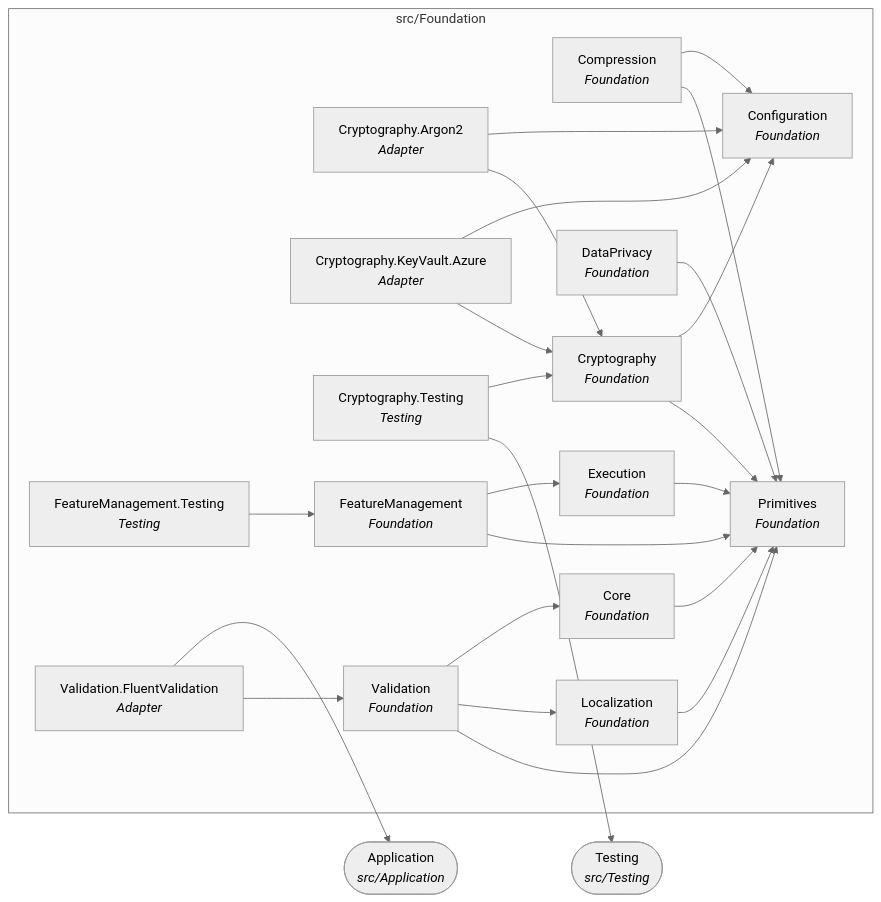
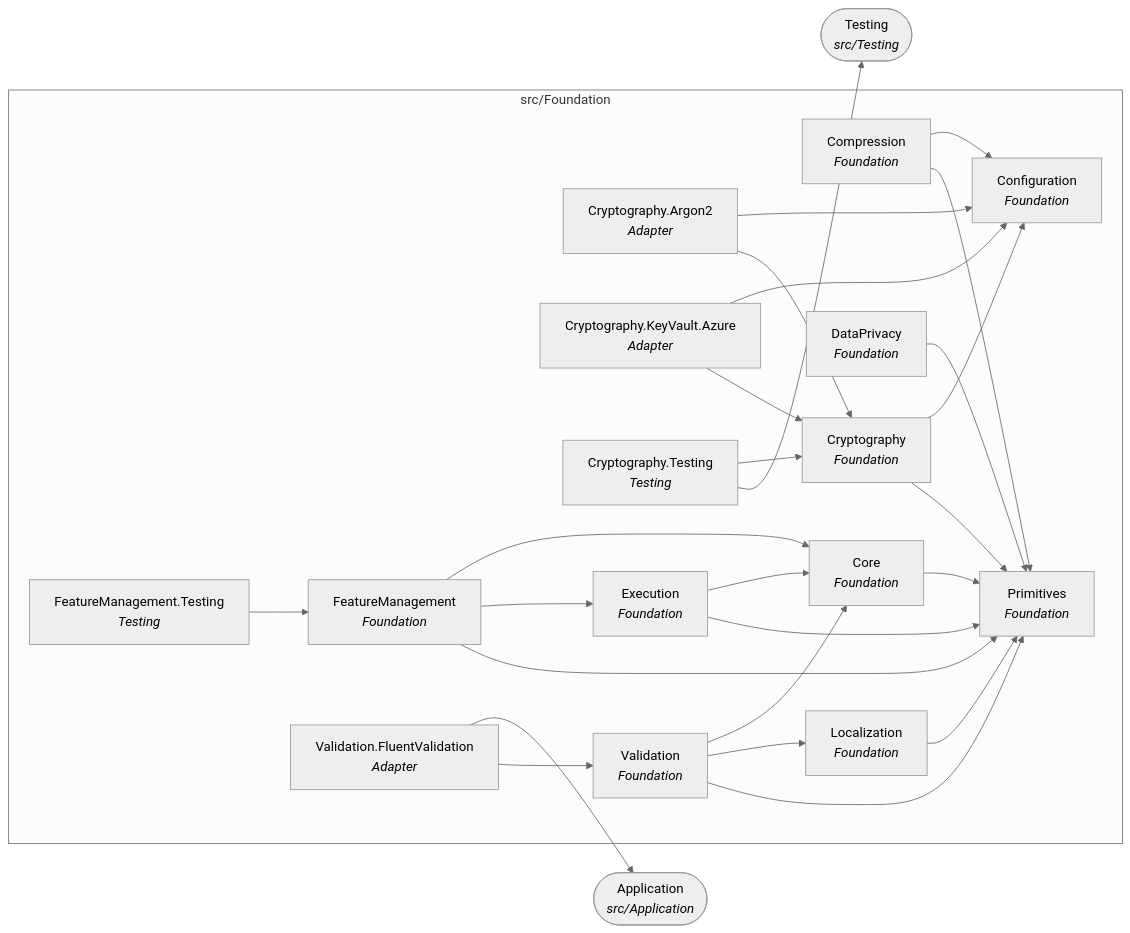
Before and after one commit to Gresta-Vertex-Labs/platform-shared-kernel: the third of 22 diagrams in docs/dependency-graph.md, drawn with Mermaid (neutral theme). The commit also changed other lines of this file and 1494 other files, not shown here.

````diff
--- a/docs/dependency-graph.md
+++ b/docs/dependency-graph.md
@@ -126,44 +126,46 @@
 ```mermaid
 flowchart LR
   subgraph folder_src_Foundation["src/Foundation"]
     SharedKernel_Compression["Compression<br/><i>Foundation</i>"]
     SharedKernel_Configuration["Configuration<br/><i>Foundation</i>"]
     SharedKernel_Core["Core<br/><i>Foundation</i>"]
     SharedKernel_Cryptography["Cryptography<br/><i>Foundation</i>"]
     SharedKernel_Cryptography_Argon2["Cryptography.Argon2<br/><i>Adapter</i>"]
     SharedKernel_Cryptography_KeyVault_Azure["Cryptography.KeyVault.Azure<br/><i>Adapter</i>"]
     SharedKernel_Cryptography_Testing["Cryptography.Testing<br/><i>Testing</i>"]
     SharedKernel_DataPrivacy["DataPrivacy<br/><i>Foundation</i>"]
     SharedKernel_Execution["Execution<br/><i>Foundation</i>"]
     SharedKernel_FeatureManagement["FeatureManagement<br/><i>Foundation</i>"]
     SharedKernel_FeatureManagement_Testing["FeatureManagement.Testing<br/><i>Testing</i>"]
     SharedKernel_Localization["Localization<br/><i>Foundation</i>"]
     SharedKernel_Primitives["Primitives<br/><i>Foundation</i>"]
     SharedKernel_Validation["Validation<br/><i>Foundation</i>"]
     SharedKernel_Validation_FluentValidation["Validation.FluentValidation<br/><i>Adapter</i>"]
   end
   SharedKernel_Application(["Application<br/><i>src/Application</i>"])
   SharedKernel_Testing(["Testing<br/><i>src/Testing</i>"])
   SharedKernel_Compression --> SharedKernel_Configuration
   SharedKernel_Compression --> SharedKernel_Primitives
   SharedKernel_Core --> SharedKernel_Primitives
   SharedKernel_Cryptography --> SharedKernel_Configuration
   SharedKernel_Cryptography --> SharedKernel_Primitives
   SharedKernel_Cryptography_Argon2 --> SharedKernel_Configuration
   SharedKernel_Cryptography_Argon2 --> SharedKernel_Cryptography
   SharedKernel_Cryptography_KeyVault_Azure --> SharedKernel_Configuration
   SharedKernel_Cryptography_KeyVault_Azure --> SharedKernel_Cryptography
   SharedKernel_Cryptography_Testing --> SharedKernel_Cryptography
   SharedKernel_Cryptography_Testing --> SharedKernel_Testing
   SharedKernel_DataPrivacy --> SharedKernel_Primitives
+  SharedKernel_Execution --> SharedKernel_Core
   SharedKernel_Execution --> SharedKernel_Primitives
+  SharedKernel_FeatureManagement --> SharedKernel_Core
   SharedKernel_FeatureManagement --> SharedKernel_Execution
   SharedKernel_FeatureManagement --> SharedKernel_Primitives
   SharedKernel_FeatureManagement_Testing --> SharedKernel_FeatureManagement
   SharedKernel_Localization --> SharedKernel_Primitives
   SharedKernel_Validation --> SharedKernel_Core
   SharedKernel_Validation --> SharedKernel_Localization
   SharedKernel_Validation --> SharedKernel_Primitives
   SharedKernel_Validation_FluentValidation --> SharedKernel_Application
   SharedKernel_Validation_FluentValidation --> SharedKernel_Validation
 ```
````
